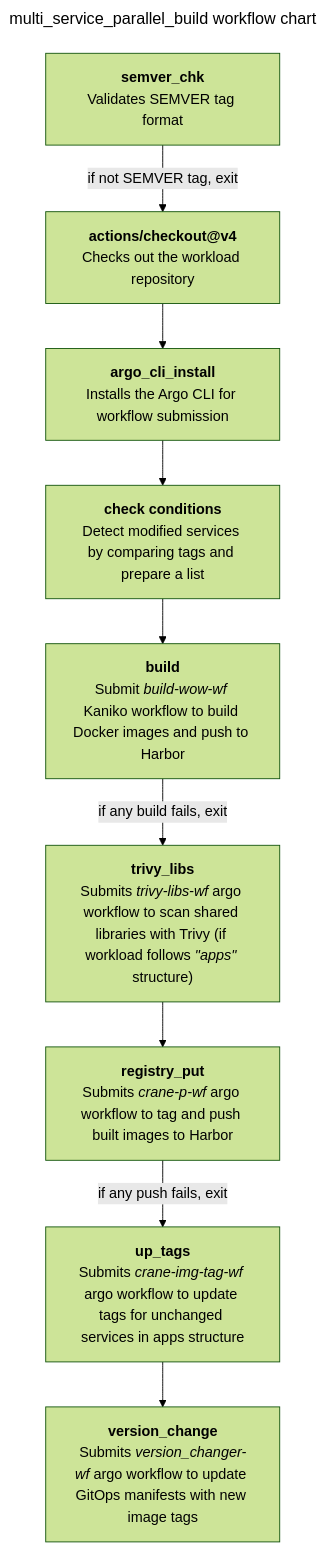
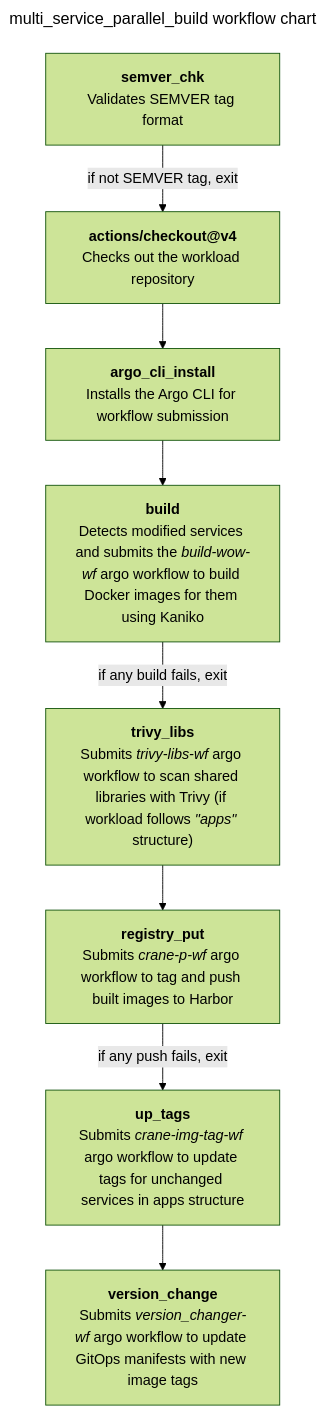
One commit to CloudGeometry/cg-devx-docs changed the diagram in docs/developers_guide/ci/github_action_workflow.md. Above: the diagram before and after it, drawn with Mermaid (forest theme).

````diff
--- a/docs/developers_guide/ci/github_action_workflow.md
+++ b/docs/developers_guide/ci/github_action_workflow.md
@@ -25,33 +25,30 @@
 ```mermaid
 ---
 title: multi_service_parallel_build workflow chart
 ---
 flowchart 
 n1["`**semver_chk**`"
 Validates SEMVER tag format
 ]--if not SEMVER tag, exit-->
 n2["`**actions/checkout@v4**`"
 Checks out the workload repository
 ]-->
 n3["`**argo_cli_install**
 Installs the Argo CLI for workflow submission
 `"]-->
-n4["`**check conditions**
-Detect modified services by comparing tags and prepare a list
-`"]-->
-n5["`**build**`"
-Submit _build-wow-wf_ Kaniko workflow to build Docker images and push to Harbor
+n4["`**build**`"
+Detects modified services and submits the _build-wow-wf_ argo workflow to build Docker images for them using Kaniko
 ]-- if any build fails, exit -->
-n6["`**trivy_libs**
+n5["`**trivy_libs**
 Submits _trivy-libs-wf_ argo workflow to scan shared libraries with Trivy (if workload follows _#quot;apps#quot;_ structure)
 `"]-->
-n7["`**registry_put**
+n6["`**registry_put**
 Submits _crane-p-wf_ argo workflow to tag and push built images to Harbor
 `"]-- if any push fails, exit -->
-n8["`**up_tags**
+n7["`**up_tags**
 Submits _crane-img-tag-wf_ argo workflow to update tags for unchanged services in apps structure
 `"]-->
-n9["`**version_change**
+n8["`**version_change**
 Submits _version_changer-wf_ argo workflow to update GitOps manifests with new image tags
 `"]
 ```
````
